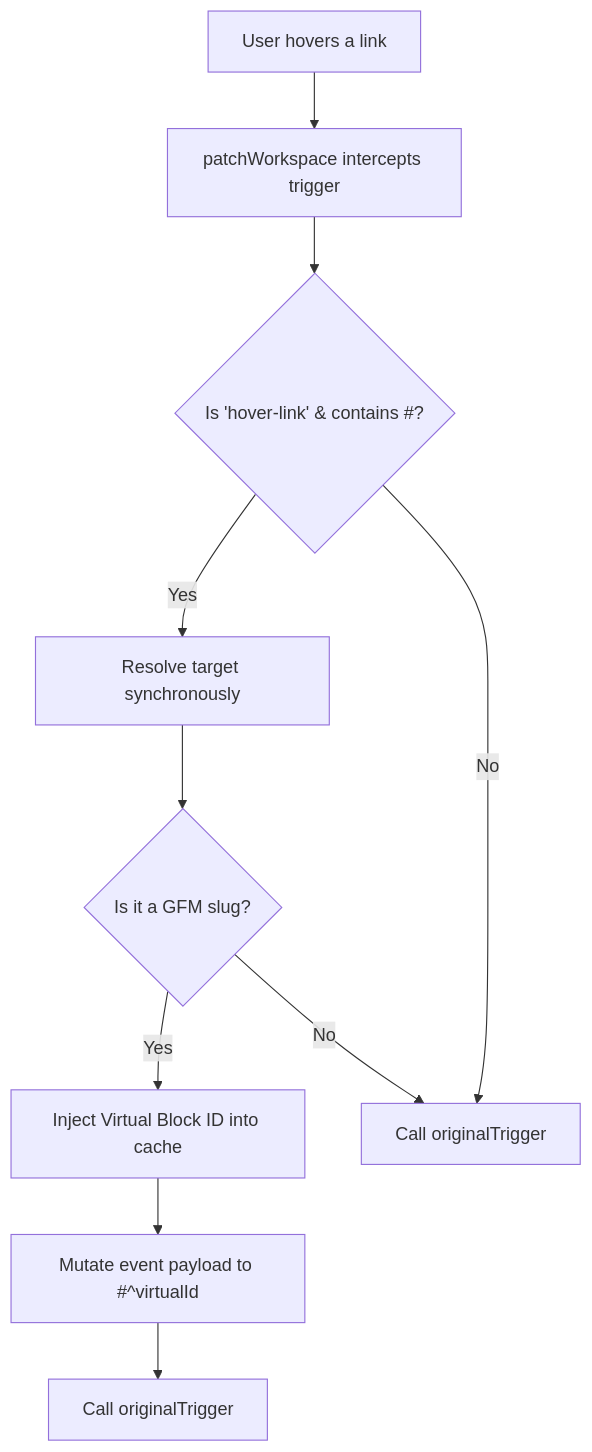
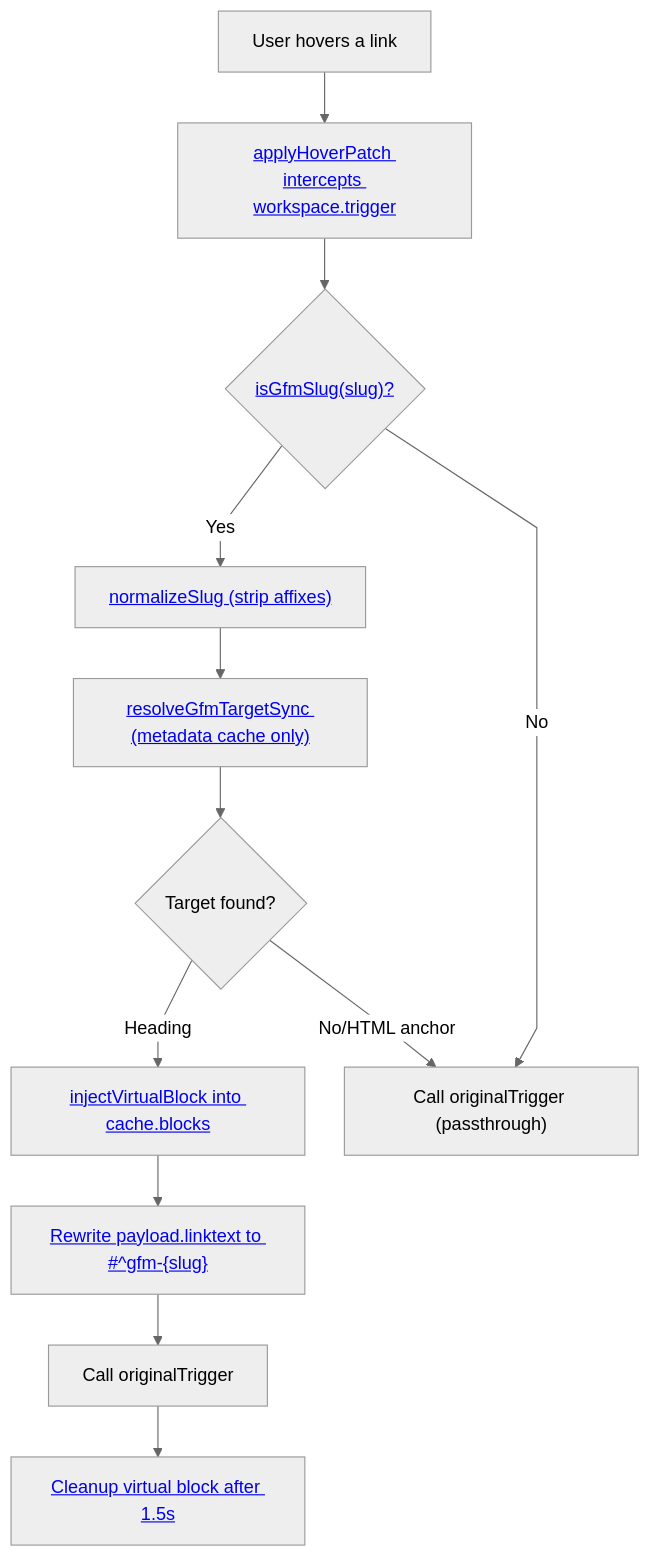
One commit to lucasgaldinos/obsidian-gfm-headers changed the fourth of 6 diagrams in docs/architecture.md. Above: the diagram before and after it, drawn with Mermaid. The commit also changed other lines of this file and 31 other files, not shown here.

````diff
--- a/docs/architecture.md
+++ b/docs/architecture.md
@@ -134,13 +270,23 @@
 ```mermaid
+---
+config:
+  theme: neutral
+  flowchart:
+    nodeSpacing: 35
+    rankSpacing: 45
+    curve: linear
+---
 flowchart TD
-    HOV["User hovers a link"] --> TRIG["patchWorkspace intercepts trigger"]
-    TRIG --> TH{"Is 'hover-link' & contains #?"}
-    TH -- Yes --> TRES["Resolve target synchronously"]
-    TRES --> TSLUG{"Is it a GFM slug?"}
-    TSLUG -- Yes --> TINJ["Inject Virtual Block ID into cache"]
-    TINJ --> TMOD["Mutate event payload to #^virtualId"]
+    HOV["User hovers a link"] --> TRIG["<a href='../src/patch-link-hover.ts'>applyHoverPatch intercepts workspace.trigger</a>"]
+    TRIG --> GUARD{"<a href='../src/gfm-slugify.ts'>isGfmSlug(slug)?</a>"}
+    GUARD -- Yes --> NORM["<a href='../src/link-parse.ts'>normalizeSlug (strip affixes)</a>"]
+    NORM --> TRES["<a href='../src/resolve-target.ts'>resolveGfmTargetSync (metadata cache only)</a>"]
+    TRES --> TSLUG{"Target found?"}
+    TSLUG -- Heading --> TINJ["<a href='../src/virtual-block.ts'>injectVirtualBlock into cache.blocks</a>"]
+    TINJ --> TMOD["<a href='../src/patch-link-hover.ts'>Rewrite payload.linktext to #^gfm-{slug}</a>"]
     TMOD --> TNAT["Call originalTrigger"]
-    
-    TH -- No --> TNAT2["Call originalTrigger"]
-    TSLUG -- No --> TNAT2
+    TNAT --> CLEAN["<a href='../src/virtual-block.ts'>Cleanup virtual block after 1.5s</a>"]
+
+    GUARD -- No --> TNAT2["Call originalTrigger (passthrough)"]
+    TSLUG -- No/HTML anchor --> TNAT2
 ```
````
